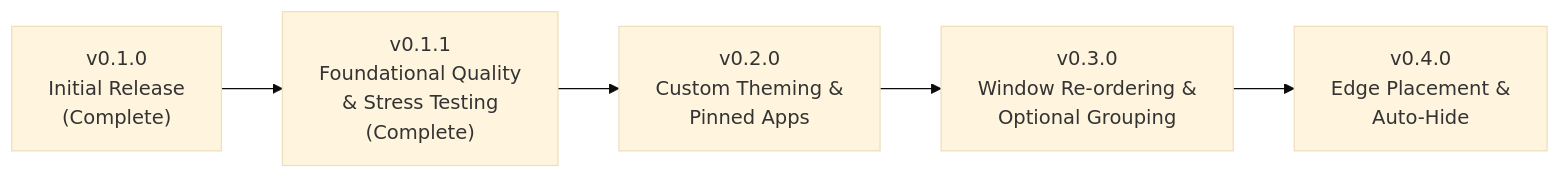
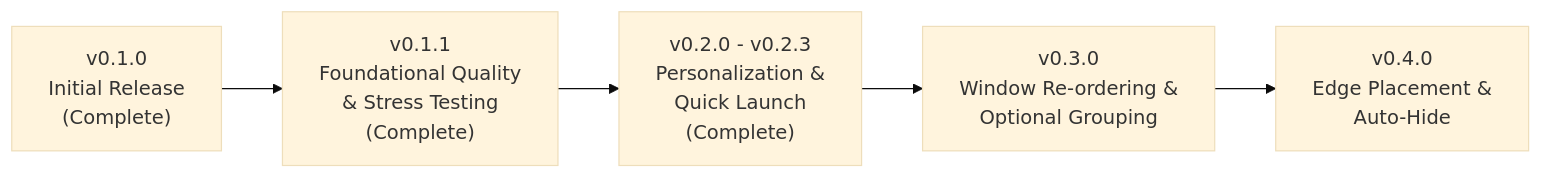
The diagram in plans/roadmap.md (obertguo/macos-taskbar), drawn with Mermaid (base theme) before and after one commit. The commit also changed other lines of this file and 20 other files, not shown here.

````diff
--- a/plans/roadmap.md
+++ b/plans/roadmap.md
@@ -20,7 +20,7 @@
 ```mermaid
 flowchart LR
     v010["v0.1.0<br/>Initial Release<br/>(Complete)"] --> v011["v0.1.1<br/>Foundational Quality<br/>& Stress Testing<br/>(Complete)"]
-    v011 --> v020["v0.2.0<br/>Custom Theming &<br/>Pinned Apps"]
+    v011 --> v020["v0.2.0 - v0.2.3<br/>Personalization &<br/>Quick Launch<br/>(Complete)"]
     v020 --> v030["v0.3.0<br/>Window Re-ordering &<br/>Optional Grouping"]
     v030 --> v040["v0.4.0<br/>Edge Placement &<br/>Auto-Hide"]
 ```
````
